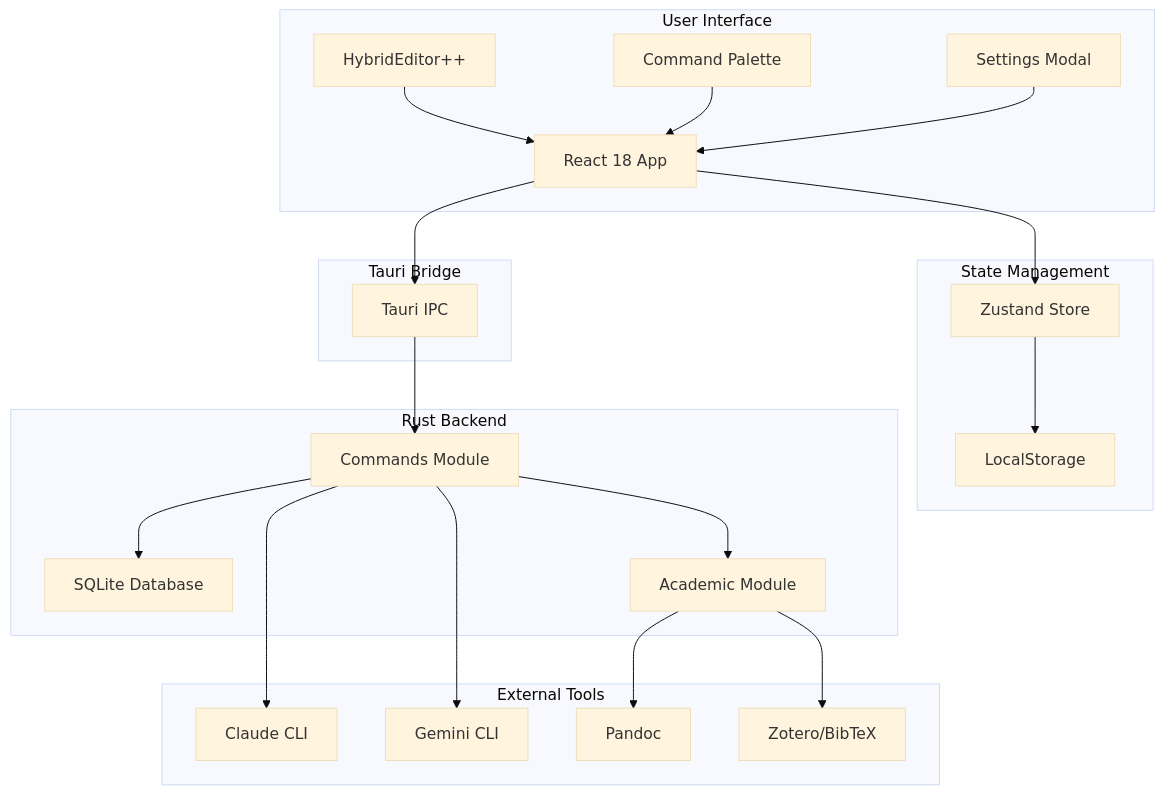
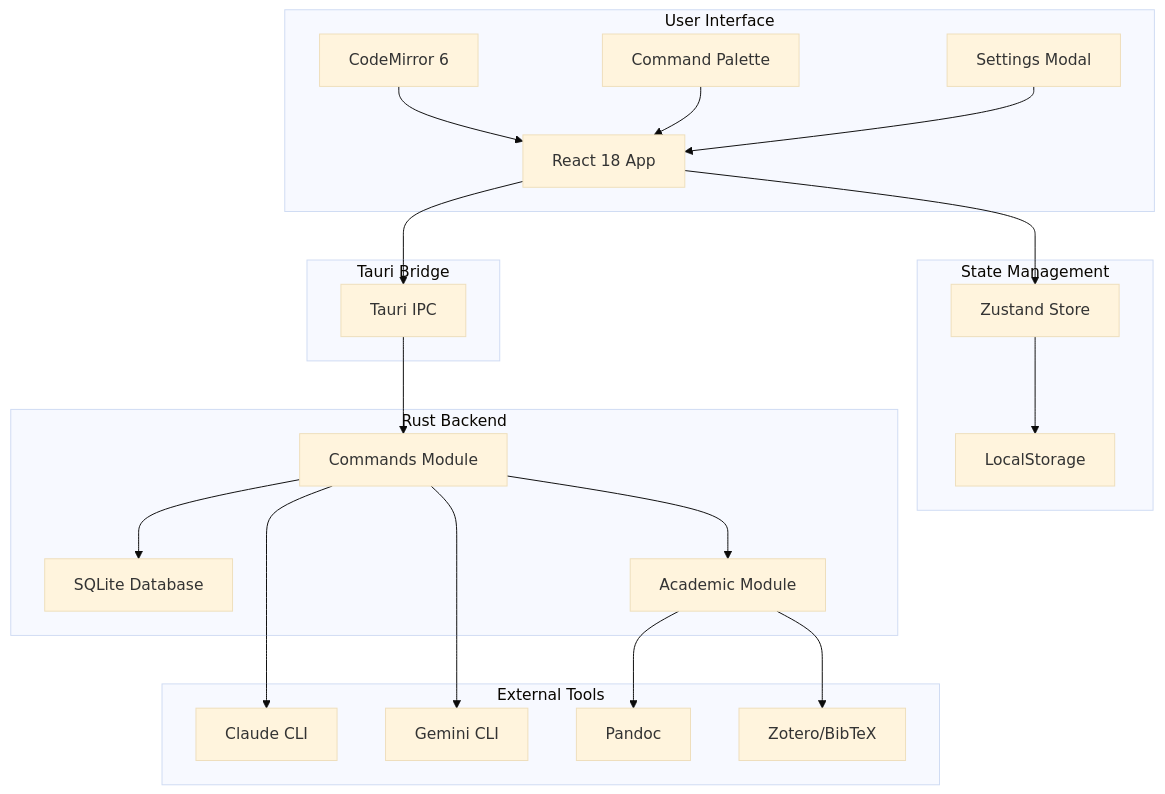
Before and after one commit to Data-Wise/scribe: the first of 5 diagrams in docs/ARCHITECTURE.md, drawn with Mermaid (base theme). The commit also changed 5 other files, not shown here.

````diff
--- a/docs/ARCHITECTURE.md
+++ b/docs/ARCHITECTURE.md
@@ -9,46 +9,46 @@
 ```mermaid
 graph TB
     subgraph "User Interface"
         UI[React 18 App]
-        Editor[HybridEditor++]
+        Editor[CodeMirror 6]
         Cmd[Command Palette]
         Settings[Settings Modal]
     end
 
     subgraph "State Management"
         Zustand[Zustand Store]
         LocalStorage[LocalStorage]
     end
 
     subgraph "Tauri Bridge"
         IPC[Tauri IPC]
     end
 
     subgraph "Rust Backend"
         Commands[Commands Module]
         Database[SQLite Database]
         Academic[Academic Module]
     end
 
     subgraph "External Tools"
         Claude[Claude CLI]
         Gemini[Gemini CLI]
         Pandoc[Pandoc]
         Zotero[Zotero/BibTeX]
     end
 
     UI --> Zustand
     UI --> IPC
     Editor --> UI
     Cmd --> UI
     Settings --> UI
     Zustand --> LocalStorage
 
     IPC --> Commands
     Commands --> Database
     Commands --> Academic
     Commands --> Claude
     Commands --> Gemini
     Academic --> Pandoc
     Academic --> Zotero
 ```
````
